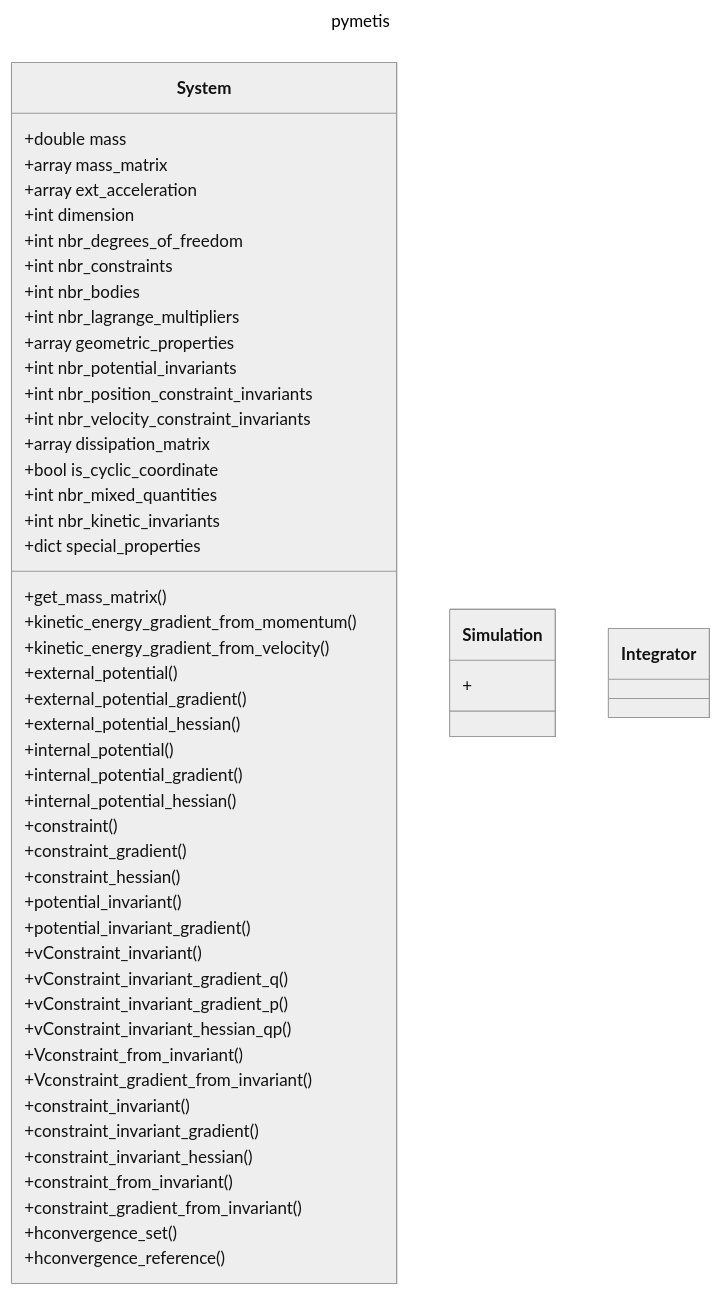
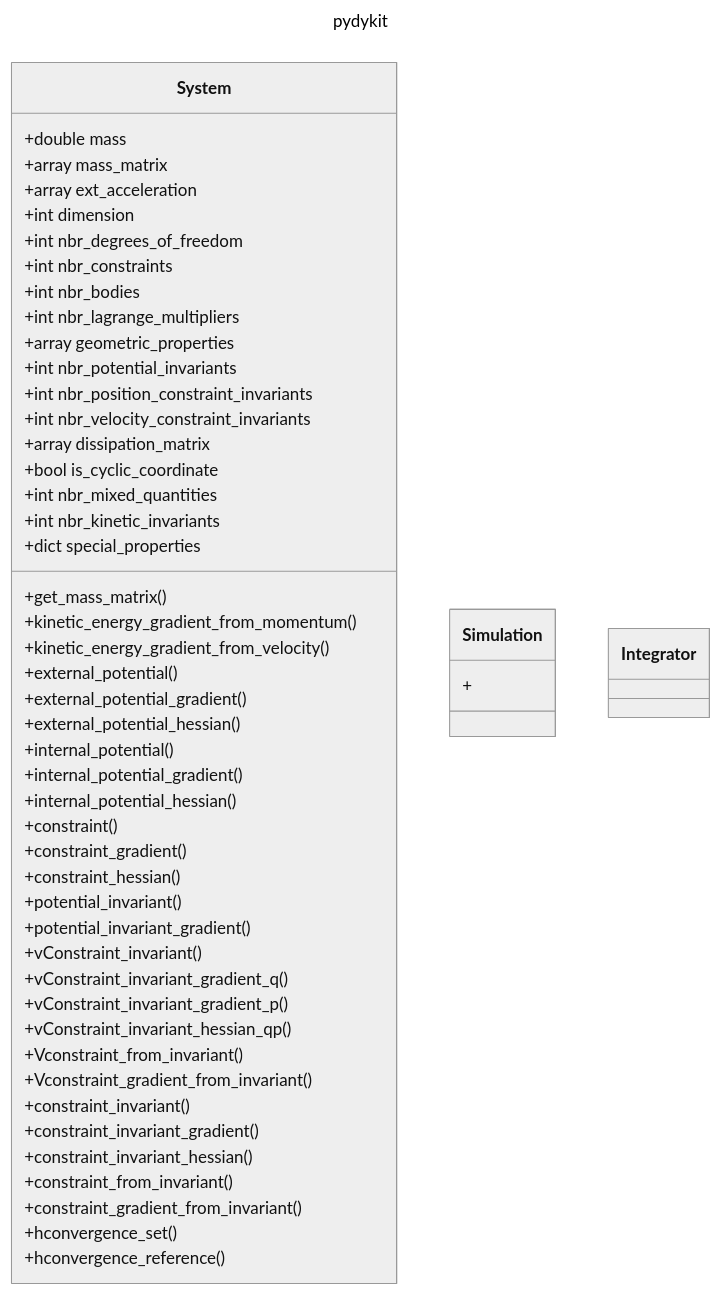
The second of 2 diagrams in docs/README.md (pydykit/pydykit), drawn with Mermaid (neutral theme) before and after one commit. The commit also changed other lines of this file and 24 other files, not shown here.

````diff
--- a/docs/README.md
+++ b/docs/README.md
@@ -77,57 +77,57 @@
 ```mermaid
 ---
-title: pymetis
+title: pydykit
 ---
 classDiagram
     class System{
         +double mass
         +array mass_matrix
         +array ext_acceleration
         +int dimension
         +int nbr_degrees_of_freedom
         +int nbr_constraints
         +int nbr_bodies
         +int nbr_lagrange_multipliers
         +array geometric_properties
         +int nbr_potential_invariants
         +int nbr_position_constraint_invariants
         +int nbr_velocity_constraint_invariants
         +array dissipation_matrix
         +bool is_cyclic_coordinate
         +int nbr_mixed_quantities
         +int nbr_kinetic_invariants
         +dict special_properties
         +get_mass_matrix()
         +kinetic_energy_gradient_from_momentum()
         +kinetic_energy_gradient_from_velocity()
         +external_potential()
         +external_potential_gradient()
         +external_potential_hessian()
         +internal_potential()
         +internal_potential_gradient()
         +internal_potential_hessian()
         +constraint()
         +constraint_gradient()
         +constraint_hessian()
         +potential_invariant()
         +potential_invariant_gradient()
         +vConstraint_invariant()
         +vConstraint_invariant_gradient_q()
         +vConstraint_invariant_gradient_p()
         +vConstraint_invariant_hessian_qp()
         +Vconstraint_from_invariant()
         +Vconstraint_gradient_from_invariant()
         +constraint_invariant()
         +constraint_invariant_gradient()
         +constraint_invariant_hessian()
         +constraint_from_invariant()
         +constraint_gradient_from_invariant()
         +hconvergence_set()
         +hconvergence_reference()
     }
     class Simulation{
         +
     }
     class Integrator{
     }
 ```
````
